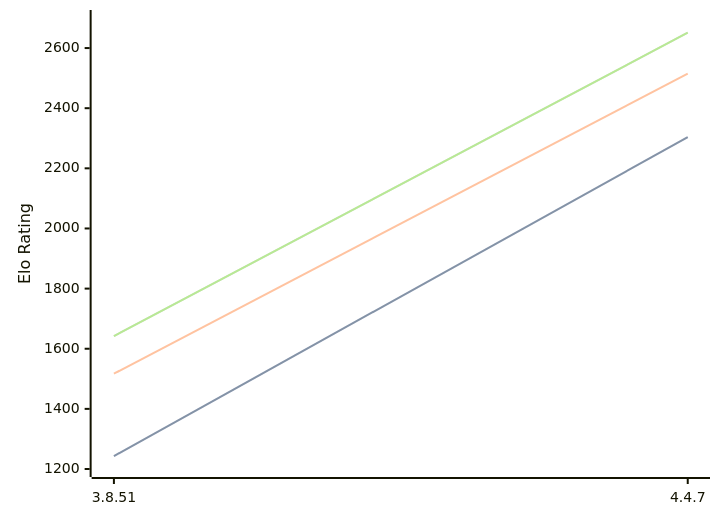
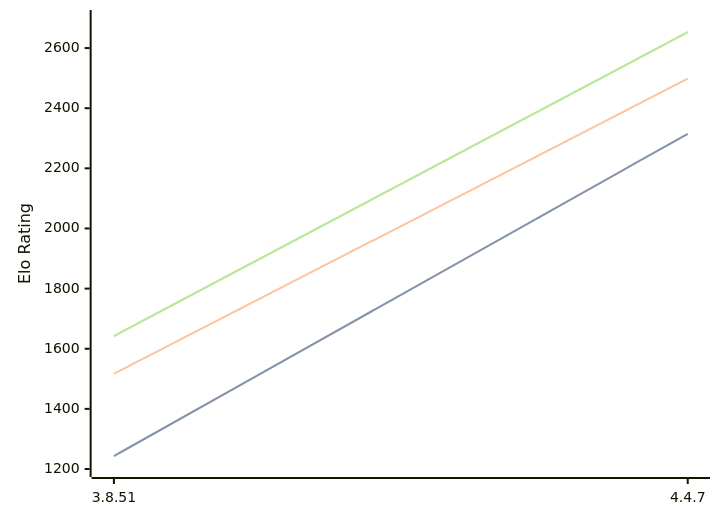
The diagram in engines/Scoria.md (computer-chess-index/cci), drawn with Mermaid before and after one commit. The commit also changed other lines of this file, not shown here.

Commit message:
Update CCI Ratings (ELO VLTC) - 2026-08-17

````diff
--- a/engines/Scoria.md
+++ b/engines/Scoria.md
@@ -32,11 +32,11 @@
 ```mermaid
 %%{init: {"theme":"base","themeVariables":{"seriesColors:['#a3a3a3','#222221','#faa371']}}}%%
 xychart-beta
   x-axis ["3.8.51", "4.4.7"]
   y-axis "Elo Rating" 1200 --> 2700
-  line "STC (8.0+0.08s)" [1243, 2304]
-  line "STC (8.0+0.08s)" [1243, 2304]
-  line "LTC (60.0+0.60s)" [1517, 2515]
-  line "VLTC (2m24s+1.12s)" [1642, 2651]
-  line "VLTC (2m24s+1.12s)" [1642, 2651]
+  line "STC (8.0+0.08s)" [1243, 2315]
+  line "STC (8.0+0.08s)" [1243, 2315]
+  line "LTC (60.0+0.60s)" [1517, 2498]
+  line "VLTC (2m24s+1.12s)" [1642, 2653]
+  line "VLTC (2m24s+1.12s)" [1642, 2653]
 ```
````
